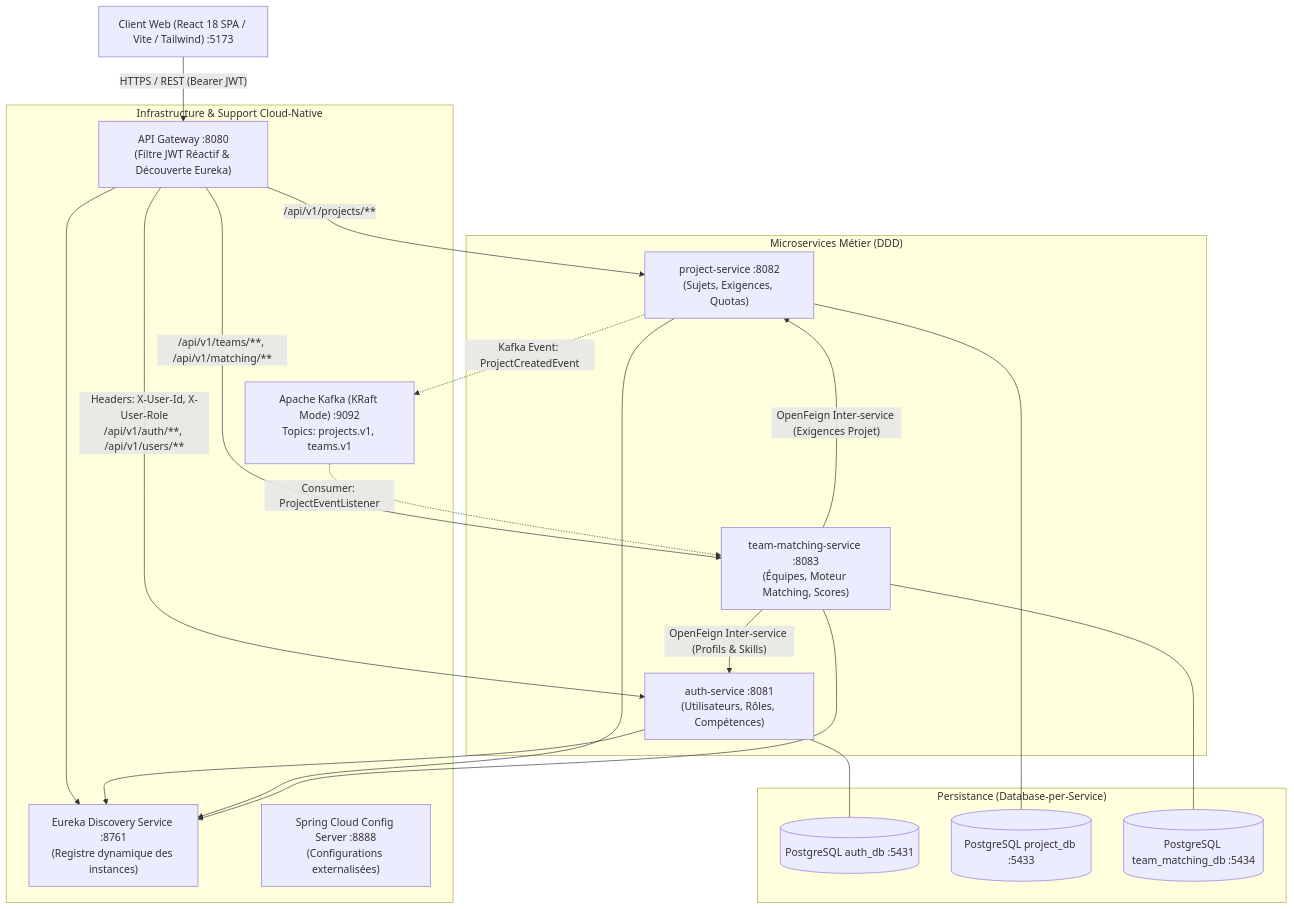
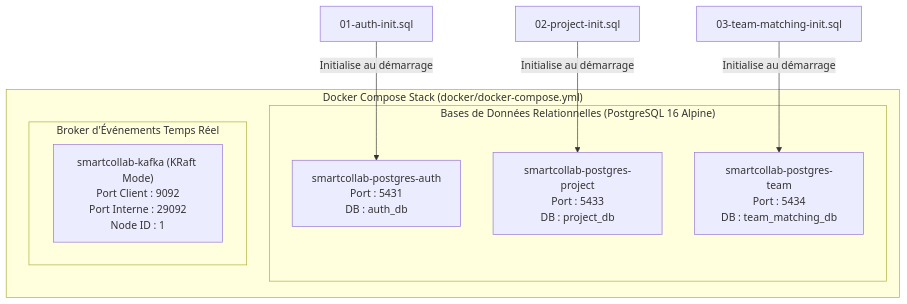
Before and after one commit to Arhrid-Hamza/SmartCollab: the diagram in README.md, drawn with Mermaid. The commit also changed other lines of this file, not shown here.

Commit message:
docs(devops): add dedicated docker, postgresql and kafka infrastructure documentation

````diff
--- a/README.md
+++ b/README.md
@@ -52,42 +16,18 @@
 ```mermaid
 flowchart TD
-    Client["Client Web (React 18 SPA / Vite / Tailwind) :5173"]
+    subgraph Docker_Compose["Docker Compose Stack (docker/docker-compose.yml)"]
+        subgraph Databases["Bases de Données Relationnelles (PostgreSQL 16 Alpine)"]
+            AuthDB["smartcollab-postgres-auth\nPort : 5431\nDB : auth_db"]
+            ProjDB["smartcollab-postgres-project\nPort : 5433\nDB : project_db"]
+            TeamDB["smartcollab-postgres-team\nPort : 5434\nDB : team_matching_db"]
+        end
 
-    subgraph Infrastructure_Cloud["Infrastructure & Support Cloud-Native"]
-        Eureka["Eureka Discovery Service :8761\n(Registre dynamique des instances)"]
-        Config["Spring Cloud Config Server :8888\n(Configurations externalisées)"]
-        Gateway["API Gateway :8080\n(Filtre JWT Réactif & Découverte Eureka)"]
-        Kafka["Apache Kafka (KRaft Mode) :9092\nTopics: projects.v1, teams.v1"]
+        subgraph Messaging["Broker d'Événements Temps Réel"]
+            Kafka["smartcollab-kafka (KRaft Mode)\nPort Client : 9092\nPort Interne : 29092\nNode ID : 1"]
+        end
     end
 
-    subgraph Microservices_Metier["Microservices Métier (DDD)"]
-        AuthSvc["auth-service :8081\n(Utilisateurs, Rôles, Compétences)"]
-        ProjSvc["project-service :8082\n(Sujets, Exigences, Quotas)"]
-        MatchSvc["team-matching-service :8083\n(Équipes, Moteur Matching, Scores)"]
-    end
-
-    subgraph Bases_De_Donnees["Persistance (Database-per-Service)"]
-        AuthDB[("PostgreSQL auth_db :5431")]
-        ProjDB[("PostgreSQL project_db :5433")]
-        MatchDB[("PostgreSQL team_matching_db :5434")]
-    end
-
-    Client -->|"HTTPS / REST (Bearer JWT)"| Gateway
-    Gateway --> Eureka
-    AuthSvc --> Eureka
-    ProjSvc --> Eureka
-    MatchSvc --> Eureka
-
-    Gateway -->|"Headers: X-User-Id, X-User-Role\n/api/v1/auth/**, /api/v1/users/**"| AuthSvc
-    Gateway -->|"/api/v1/projects/**"| ProjSvc
-    Gateway -->|"/api/v1/teams/**, /api/v1/matching/**"| MatchSvc
-
-    AuthSvc --- AuthDB
-    ProjSvc --- ProjDB
-    MatchSvc --- MatchDB
-
-    ProjSvc -.->|"Kafka Event: ProjectCreatedEvent"| Kafka
-    Kafka -.->|"Consumer: ProjectEventListener"| MatchSvc
-    MatchSvc -->|"OpenFeign Inter-service (Profils & Skills)"| AuthSvc
-    MatchSvc -->|"OpenFeign Inter-service (Exigences Projet)"| ProjSvc
+    InitAuth["01-auth-init.sql"] -->|Initialise au démarrage| AuthDB
+    InitProj["02-project-init.sql"] -->|Initialise au démarrage| ProjDB
+    InitTeam["03-team-matching-init.sql"] -->|Initialise au démarrage| TeamDB
 ```
````
